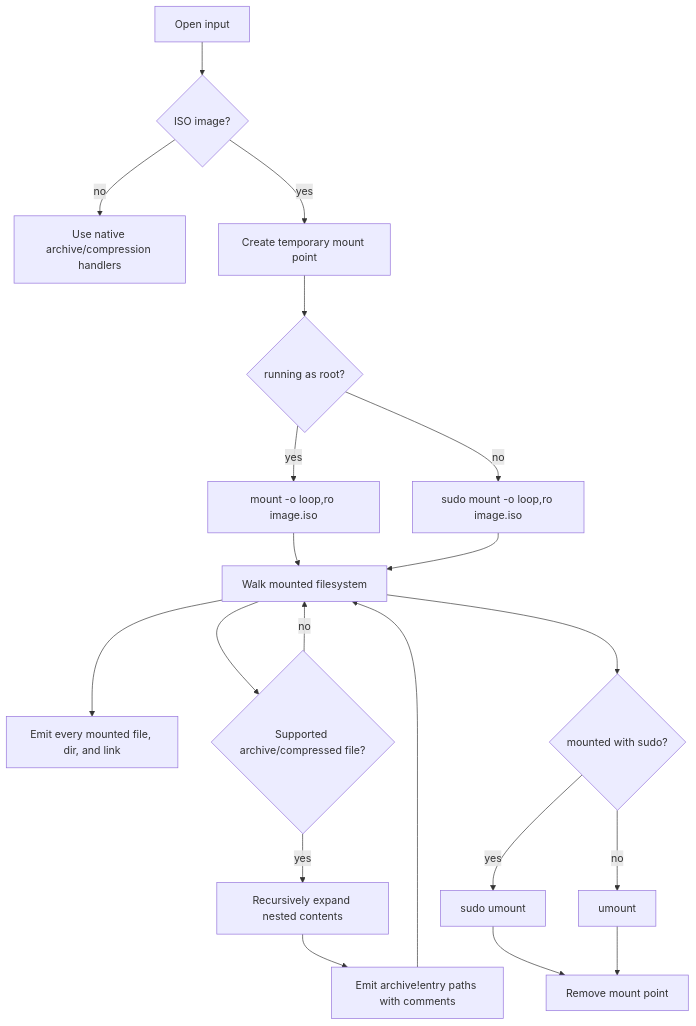
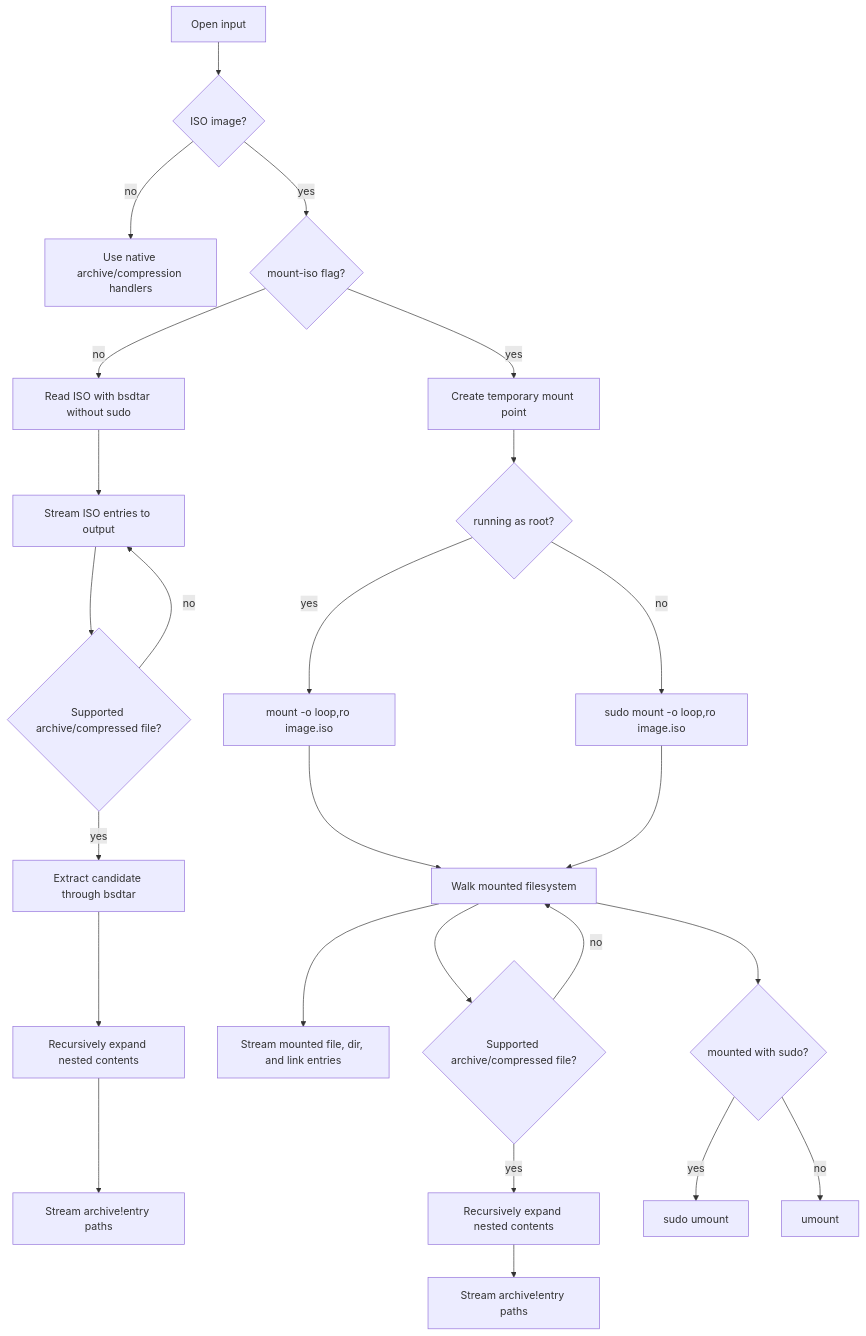
The diagram in README.md (Mjwagner2277/omega-file-lister), drawn with Mermaid before and after one commit. The commit also changed other lines of this file and 13 other files, not shown here.

Commit message:
Add non-sudo ISO reader and streaming output

````diff
--- a/README.md
+++ b/README.md
@@ -224,22 +250,27 @@
 ```mermaid
 flowchart TD
     A[Open input] --> B{ISO image?}
     B -- no --> C[Use native archive/compression handlers]
-    B -- yes --> D[Create temporary mount point]
-    D --> E{running as root?}
-    E -- yes --> F[mount -o loop,ro image.iso]
-    E -- no --> G[sudo mount -o loop,ro image.iso]
-    F --> H[Walk mounted filesystem]
-    G --> H
-    H --> I[Emit every mounted file, dir, and link]
-    H --> J{Supported archive/compressed file?}
-    J -- yes --> K[Recursively expand nested contents]
-    K --> L[Emit archive!entry paths with comments]
-    J -- no --> H
-    L --> H
-    H --> M{mounted with sudo?}
-    M -- yes --> N[sudo umount]
-    M -- no --> O[umount]
-    N --> P[Remove mount point]
-    O --> P
+    B -- yes --> D{mount-iso flag?}
+    D -- no --> E[Read ISO with bsdtar without sudo]
+    E --> F[Stream ISO entries to output]
+    F --> G{Supported archive/compressed file?}
+    G -- yes --> H[Extract candidate through bsdtar]
+    H --> I[Recursively expand nested contents]
+    I --> J[Stream archive!entry paths]
+    G -- no --> F
+    D -- yes --> K[Create temporary mount point]
+    K --> L{running as root?}
+    L -- yes --> M[mount -o loop,ro image.iso]
+    L -- no --> N[sudo mount -o loop,ro image.iso]
+    M --> O[Walk mounted filesystem]
+    N --> O
+    O --> P[Stream mounted file, dir, and link entries]
+    O --> Q{Supported archive/compressed file?}
+    Q -- yes --> R[Recursively expand nested contents]
+    R --> S[Stream archive!entry paths]
+    Q -- no --> O
+    O --> T{mounted with sudo?}
+    T -- yes --> U[sudo umount]
+    T -- no --> V[umount]
 ```
````
